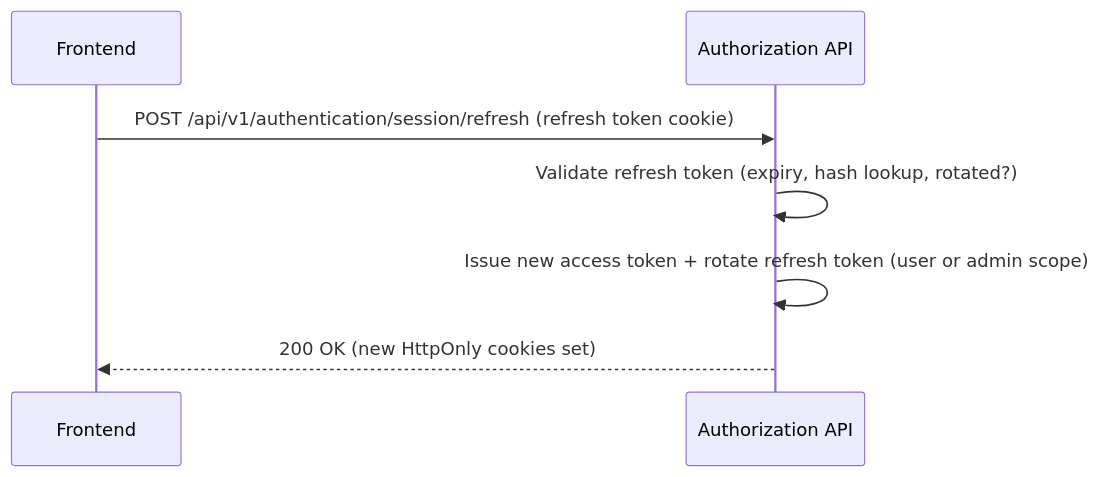
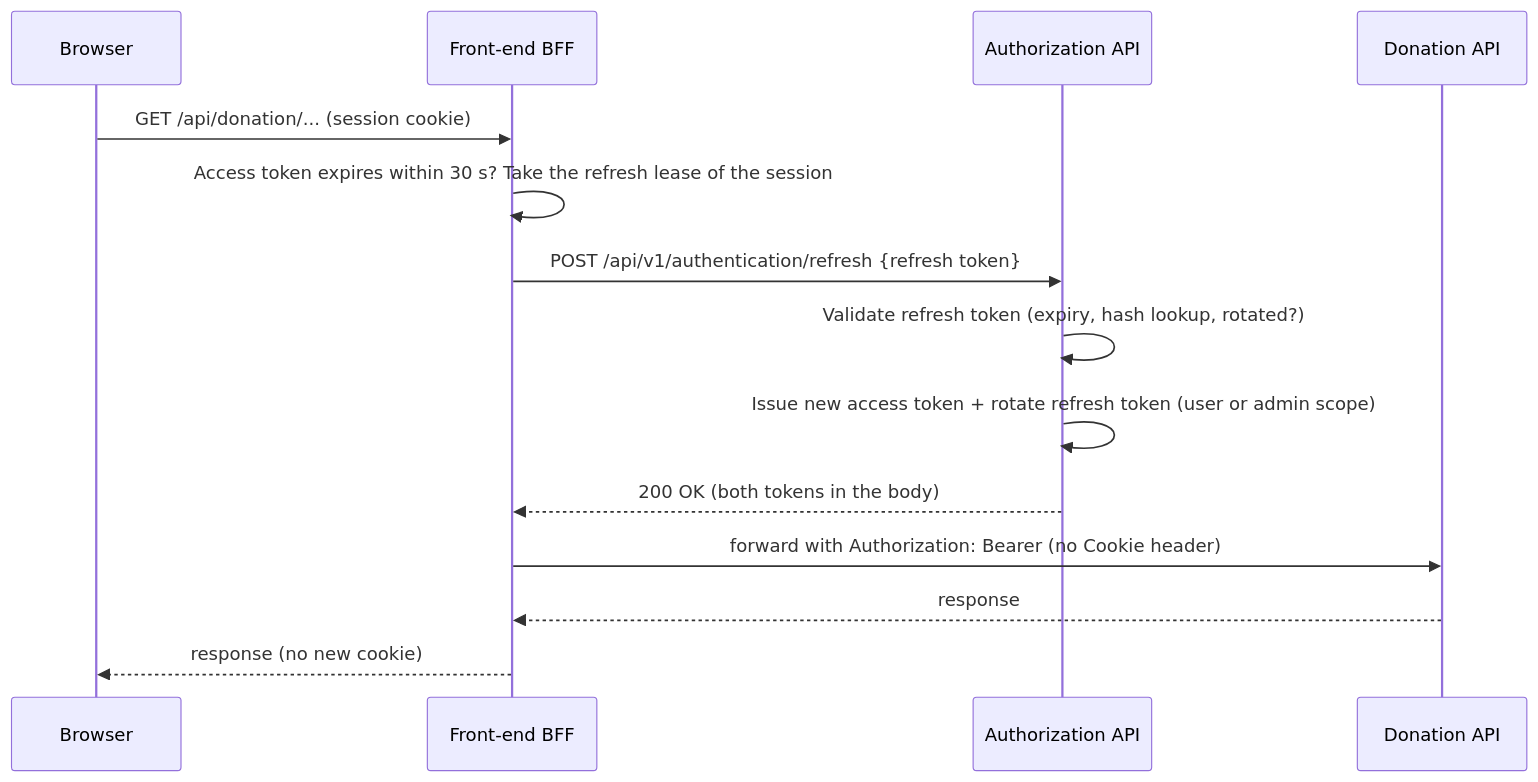
One commit to wouterfennis/TimeForCode changed the second of 9 diagrams in docs/architecture/arc42/06-runtime-view.md. Above: the diagram before and after it, drawn with Mermaid. The commit also changed other lines of this file and 153 other files, not shown here.

Commit message:
feat(frontend): move the browser session from the Authorization API to the BFF (#194) (#200)

````diff
--- a/docs/architecture/arc42/06-runtime-view.md
+++ b/docs/architecture/arc42/06-runtime-view.md
@@ -47,10 +50,17 @@
 ```mermaid
 sequenceDiagram
-    participant Frontend
+    participant Browser
+    participant BFF as Front-end BFF
     participant AuthAPI as Authorization API
+    participant API as Donation API
 
-    Frontend->>AuthAPI: POST /api/v1/authentication/session/refresh (refresh token cookie)
+    Browser->>BFF: GET /api/donation/... (session cookie)
+    BFF->>BFF: Access token expires within 30 s? Take the refresh lease of the session
+    BFF->>AuthAPI: POST /api/v1/authentication/refresh {refresh token}
     AuthAPI->>AuthAPI: Validate refresh token (expiry, hash lookup, rotated?)
     AuthAPI->>AuthAPI: Issue new access token + rotate refresh token (user or admin scope)
-    AuthAPI-->>Frontend: 200 OK (new HttpOnly cookies set)
+    AuthAPI-->>BFF: 200 OK (both tokens in the body)
+    BFF->>API: forward with Authorization: Bearer (no Cookie header)
+    API-->>BFF: response
+    BFF-->>Browser: response (no new cookie)
 ```
````
